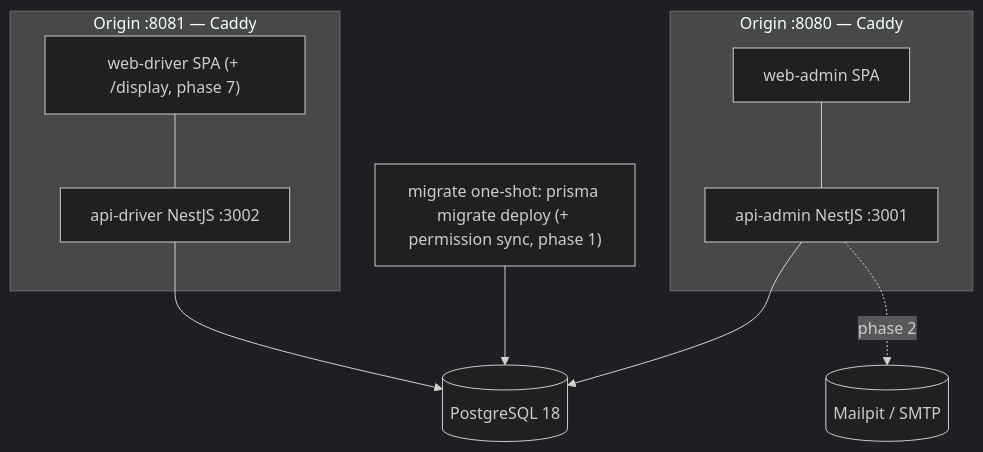
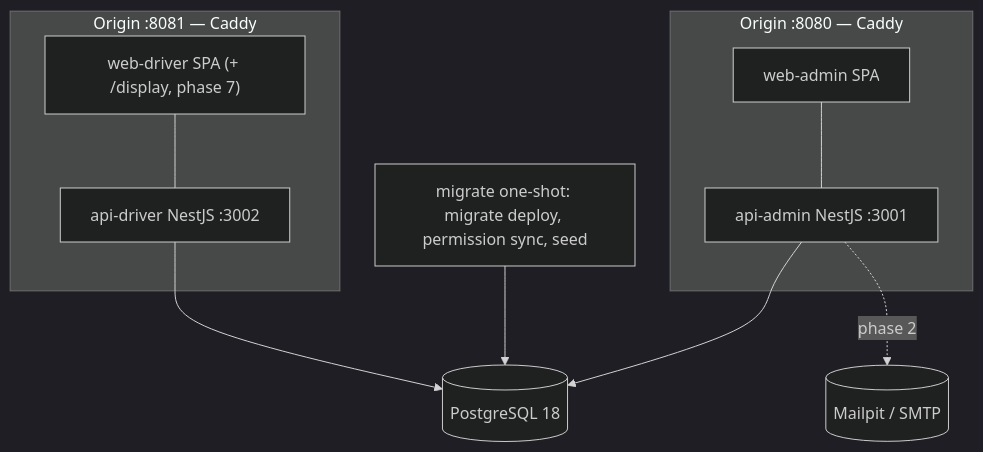
Before and after one commit to Stefan-Ethernal/tms-platform: the second of 5 diagrams in docs/architecture.md, drawn with Mermaid (dark theme). The commit also changed other lines of this file and 11 other files, not shown here.

First line of the commit message:
build(infra): run migrations, permission sync and seed from a production-only migrate image (#32)

````diff
--- a/docs/architecture.md
+++ b/docs/architecture.md
@@ -19,13 +19,13 @@
 ```mermaid
 flowchart TB
   subgraph origin_admin[Origin :8080 — Caddy]
     web_admin[web-admin SPA] --- api_admin[api-admin NestJS :3001]
   end
   subgraph origin_kiosk[Origin :8081 — Caddy]
     web_driver["web-driver SPA (+ /display, phase 7)"] --- api_driver[api-driver NestJS :3002]
   end
   api_admin --> db[(PostgreSQL 18)]
   api_driver --> db
-  migrate["migrate one-shot: prisma migrate deploy (+ permission sync, phase 1)"] --> db
+  migrate["migrate one-shot: migrate deploy, permission sync, seed"] --> db
   api_admin -. phase 2 .-> mailpit[(Mailpit / SMTP)]
 ```
````
